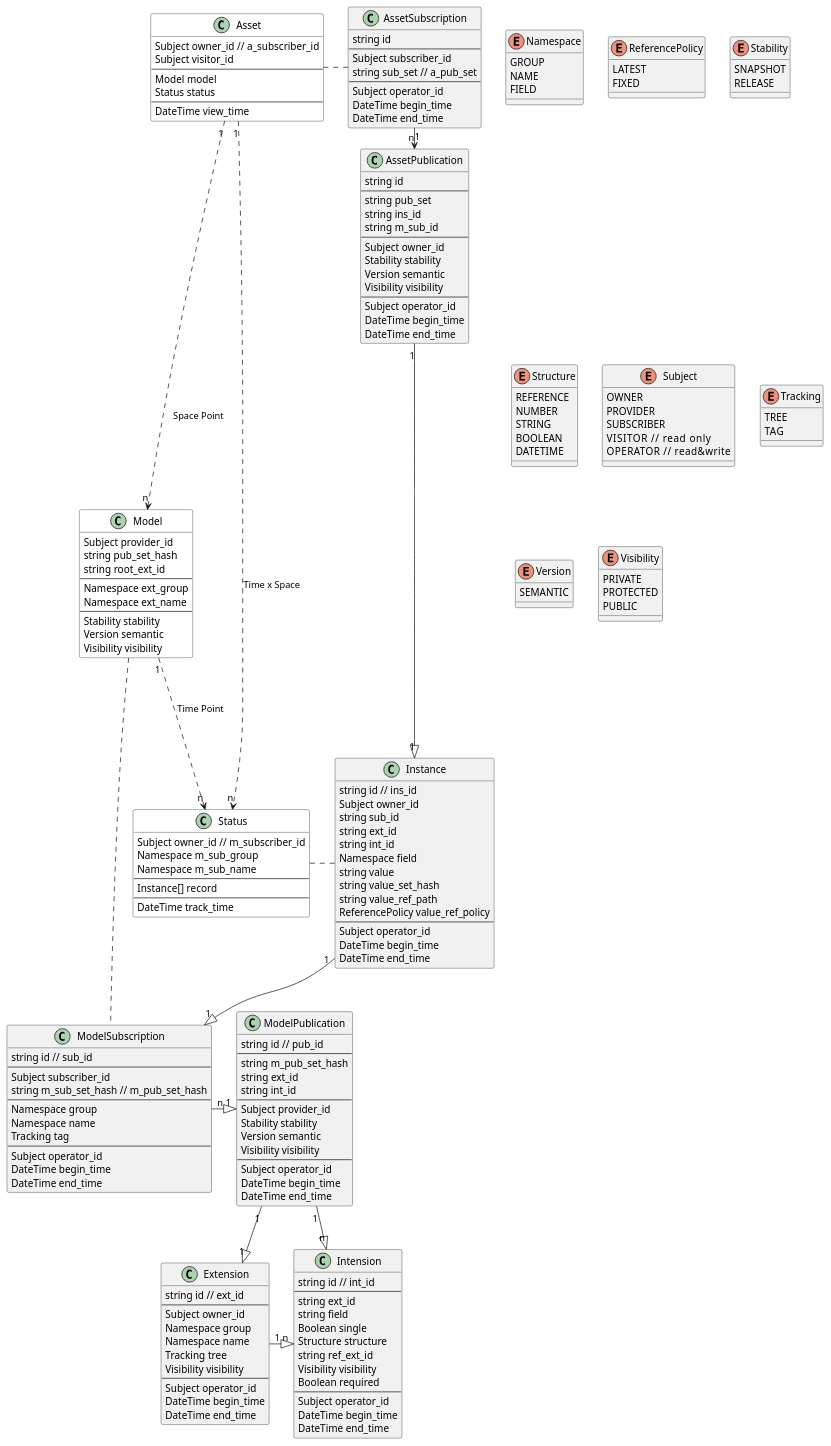
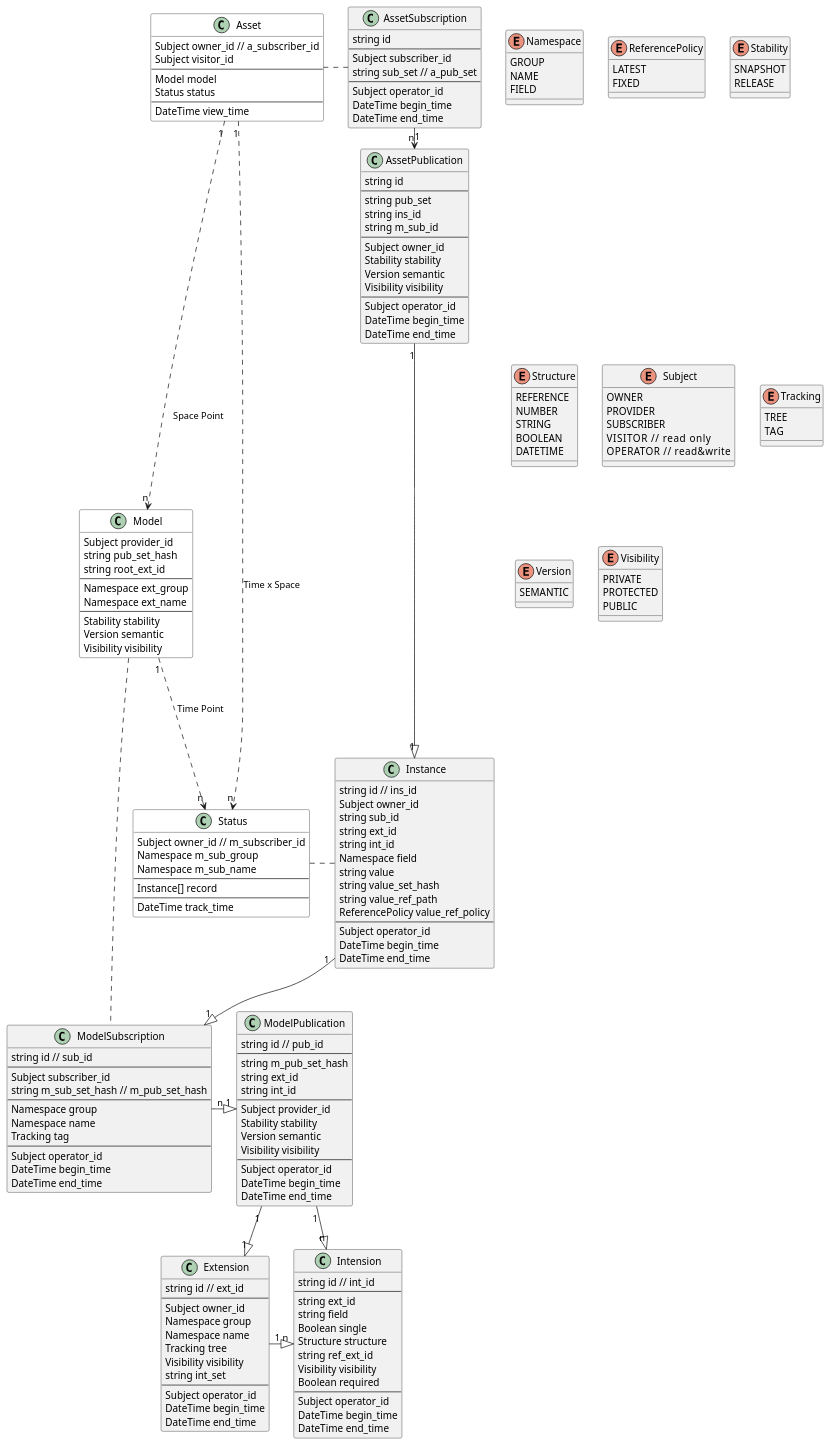
One commit to SINeWang/kiimate changed the diagram in kiimate.puml. Above: the diagram before and after it, drawn with PlantUML. The commit also changed 28 other files, not shown here.

```diff
--- a/kiimate.puml
+++ b/kiimate.puml
@@ -99,6 +99,7 @@
     Namespace name
     Tracking tree
     Visibility visibility
+    string int_set
     ---
     Subject operator_id
     DateTime begin_time
```
